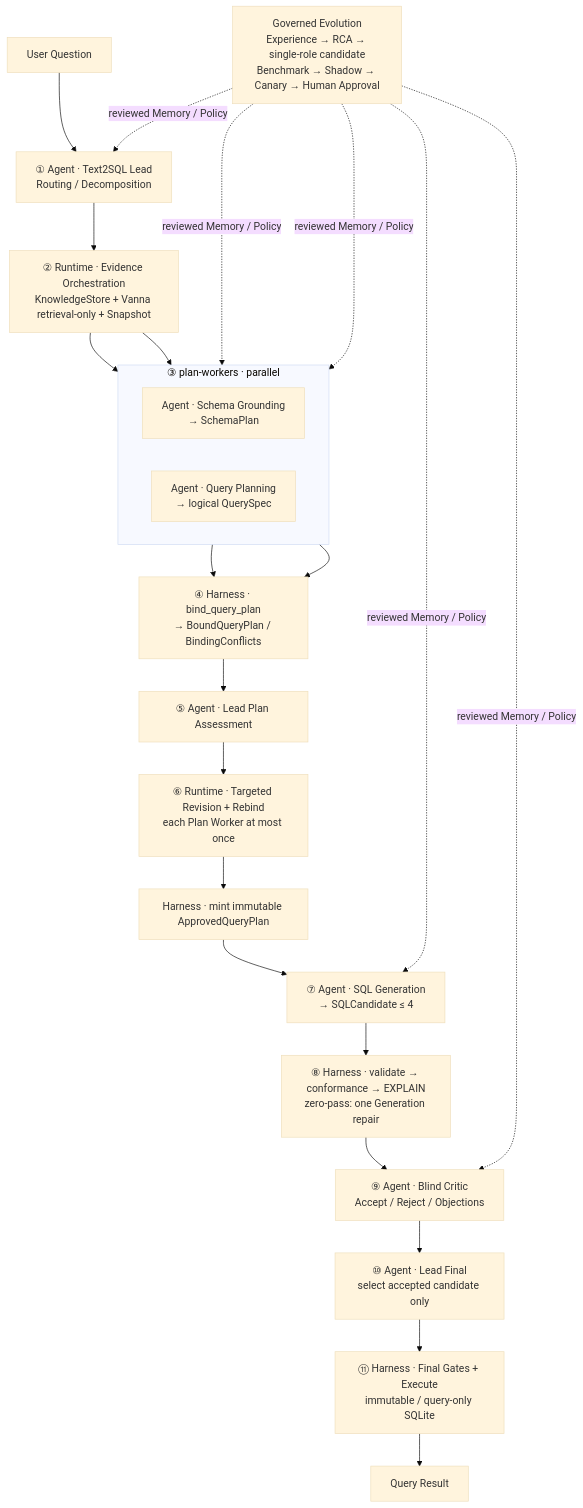
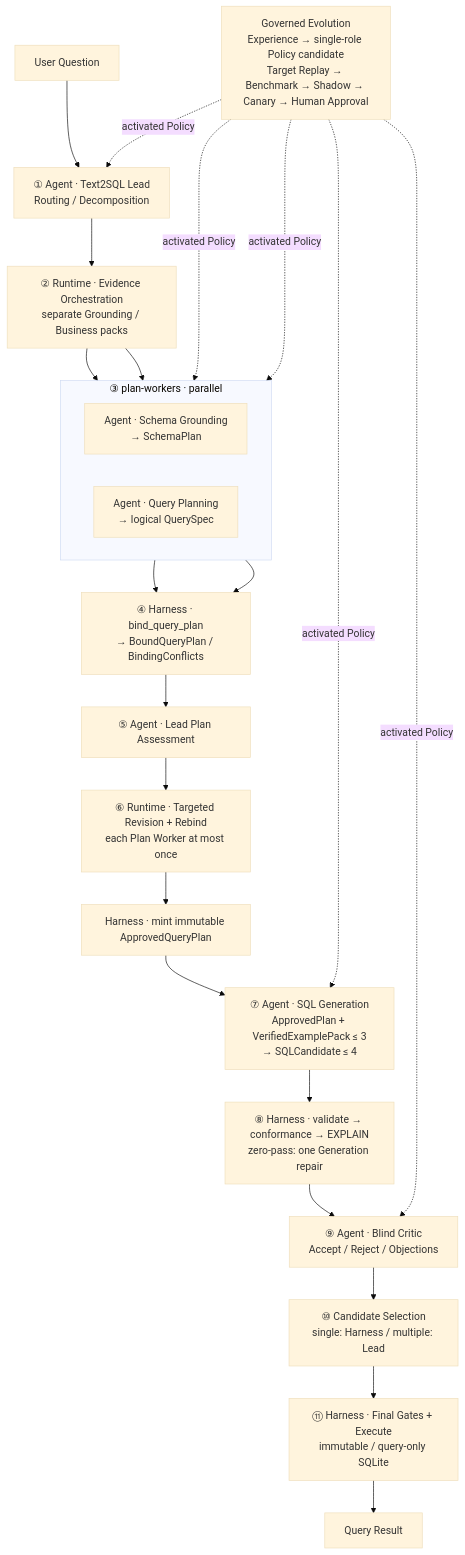
Before and after one commit to miokiko/EvoSQL: the diagram in README.md, drawn with Mermaid (base theme). The commit also changed other lines of this file and 198 other files, not shown here.

First line of the commit message:
feat: sync current EvoSQL runtime and clay workspace

````diff
--- a/README.md
+++ b/README.md
@@ -11,31 +11,31 @@
 ```mermaid
 flowchart TD
     U["User Question"] --> L1["① Agent · Text2SQL Lead<br/>Routing / Decomposition"]
-    L1 --> E["② Runtime · Evidence Orchestration<br/>KnowledgeStore + Vanna retrieval-only + Snapshot"]
+    L1 --> E["② Runtime · Evidence Orchestration<br/>separate Grounding / Business packs"]
 
     subgraph PW["③ plan-workers · parallel"]
       direction LR
       G["Agent · Schema Grounding<br/>→ SchemaPlan"]
       P["Agent · Query Planning<br/>→ logical QuerySpec"]
     end
 
     E --> G
     E --> P
     G --> B["④ Harness · bind_query_plan<br/>→ BoundQueryPlan / BindingConflicts"]
     P --> B
     B --> A["⑤ Agent · Lead Plan Assessment"]
     A --> R["⑥ Runtime · Targeted Revision + Rebind<br/>each Plan Worker at most once"]
     R --> AP["Harness · mint immutable ApprovedQueryPlan"]
-    AP --> S["⑦ Agent · SQL Generation<br/>→ SQLCandidate ≤ 4"]
+    AP --> S["⑦ Agent · SQL Generation<br/>ApprovedPlan + VerifiedExamplePack ≤ 3<br/>→ SQLCandidate ≤ 4"]
     S --> CG["⑧ Harness · validate → conformance → EXPLAIN<br/>zero-pass: one Generation repair"]
     CG --> C["⑨ Agent · Blind Critic<br/>Accept / Reject / Objections"]
-    C --> LF["⑩ Agent · Lead Final<br/>select accepted candidate only"]
+    C --> LF["⑩ Candidate Selection<br/>single: Harness / multiple: Lead"]
     LF --> X["⑪ Harness · Final Gates + Execute<br/>immutable / query-only SQLite"]
     X --> O["Query Result"]
 
-    M["Governed Evolution<br/>Experience → RCA → single-role candidate<br/>Benchmark → Shadow → Canary → Human Approval"] -. reviewed Memory / Policy .-> L1
-    M -. reviewed Memory / Policy .-> G
-    M -. reviewed Memory / Policy .-> P
-    M -. reviewed Memory / Policy .-> S
-    M -. reviewed Memory / Policy .-> C
+    M["Governed Evolution<br/>Experience → single-role Policy candidate<br/>Target Replay → Benchmark → Shadow → Canary → Human Approval"] -. activated Policy .-> L1
+    M -. activated Policy .-> G
+    M -. activated Policy .-> P
+    M -. activated Policy .-> S
+    M -. activated Policy .-> C
 ```
````
